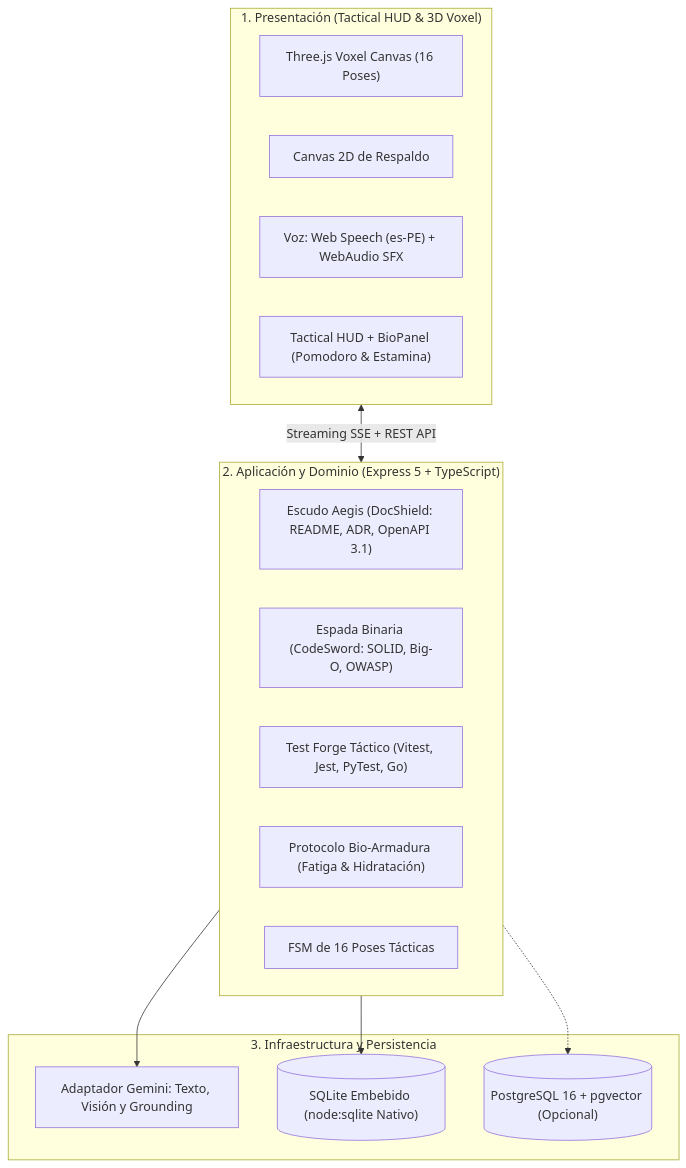
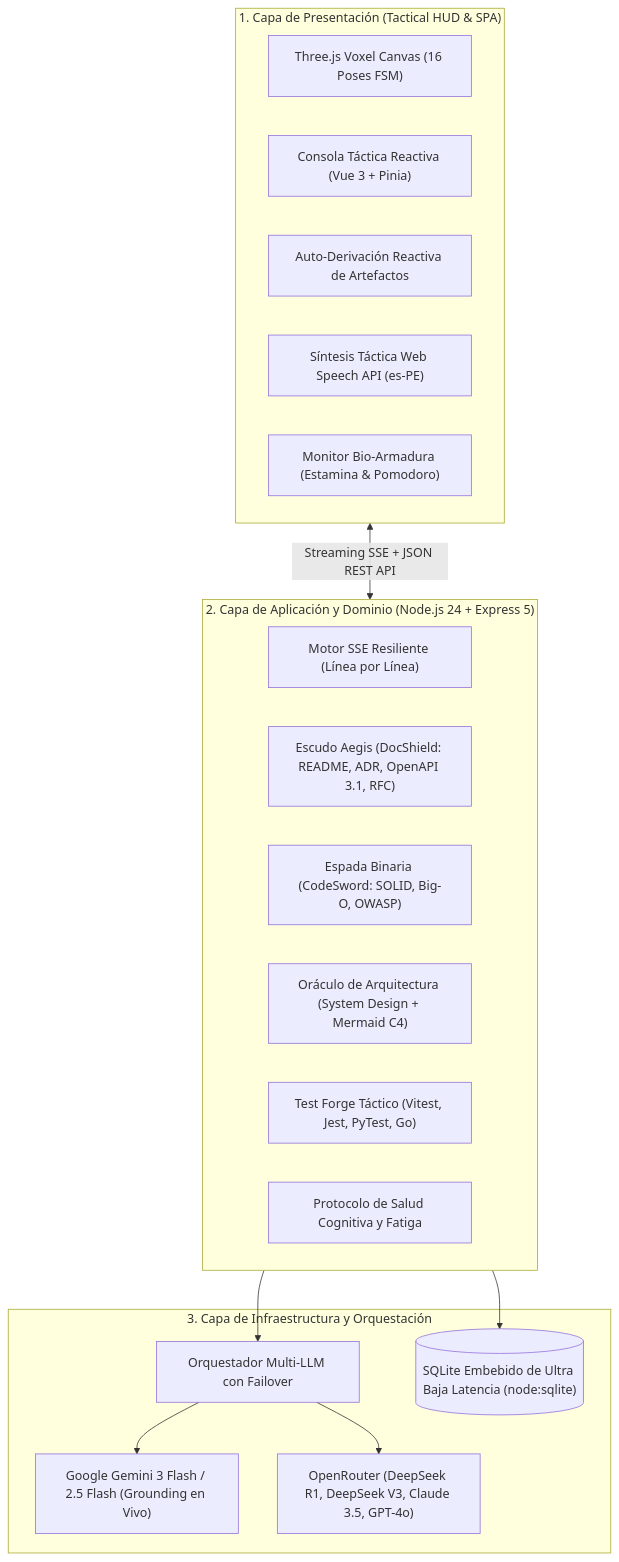
The diagram in README.md (AI-Innovation-op/ARES), drawn with Mermaid before and after one commit. The commit also changed other lines of this file and 3 other files, not shown here.

````diff
--- a/README.md
+++ b/README.md
@@ -20,28 +37,32 @@
 ```mermaid
 flowchart TB
-    subgraph PRES["1. Presentación (Tactical HUD & 3D Voxel)"]
-        UI3D["Three.js Voxel Canvas (16 Poses)"]
-        UI2D["Canvas 2D de Respaldo"]
-        VOICE["Voz: Web Speech (es-PE) + WebAudio SFX"]
-        HUD["Tactical HUD + BioPanel (Pomodoro & Estamina)"]
+    subgraph PRES["1. Capa de Presentación (Tactical HUD & SPA)"]
+        UI3D["Three.js Voxel Canvas (16 Poses FSM)"]
+        CHAT["Consola Táctica Reactiva (Vue 3 + Pinia)"]
+        ROUTER["Auto-Derivación Reactiva de Artefactos"]
+        VOICE["Síntesis Táctica Web Speech API (es-PE)"]
+        HUD["Monitor Bio-Armadura (Estamina & Pomodoro)"]
     end
 
-    subgraph CORE["2. Aplicación y Dominio (Express 5 + TypeScript)"]
-        DOC["Escudo Aegis (DocShield: README, ADR, OpenAPI 3.1)"]
+    subgraph CORE["2. Capa de Aplicación y Dominio (Node.js 24 + Express 5)"]
+        SSE["Motor SSE Resiliente (Línea por Línea)"]
+        DOC["Escudo Aegis (DocShield: README, ADR, OpenAPI 3.1, RFC)"]
         SWORD["Espada Binaria (CodeSword: SOLID, Big-O, OWASP)"]
+        ARQ["Oráculo de Arquitectura (System Design + Mermaid C4)"]
         FORGE["Test Forge Táctico (Vitest, Jest, PyTest, Go)"]
-        BIO["Protocolo Bio-Armadura (Fatiga & Hidratación)"]
-        FSM["FSM de 16 Poses Tácticas"]
+        BIO["Protocolo de Salud Cognitiva y Fatiga"]
     end
 
-    subgraph INFRA["3. Infraestructura y Persistencia"]
-        GEMINI["Adaptador Gemini: Texto, Visión y Grounding"]
-        SQLITE[("SQLite Embebido (node:sqlite Nativo)")]
-        PG[("PostgreSQL 16 + pgvector (Opcional)")]
+    subgraph INFRA["3. Capa de Infraestructura y Orquestación"]
+        LLM["Orquestador Multi-LLM con Failover"]
+        GEMINI["Google Gemini 3 Flash / 2.5 Flash (Grounding en Vivo)"]
+        OPENROUTER["OpenRouter (DeepSeek R1, DeepSeek V3, Claude 3.5, GPT-4o)"]
+        SQLITE[("SQLite Embebido de Ultra Baja Latencia (node:sqlite)")]
     end
 
-    PRES <-->|"Streaming SSE + REST API"| CORE
-    CORE --> GEMINI
+    PRES <-->|"Streaming SSE + JSON REST API"| CORE
+    CORE --> LLM
+    LLM --> GEMINI
+    LLM --> OPENROUTER
     CORE --> SQLITE
-    CORE -.-> PG
 ```
````
